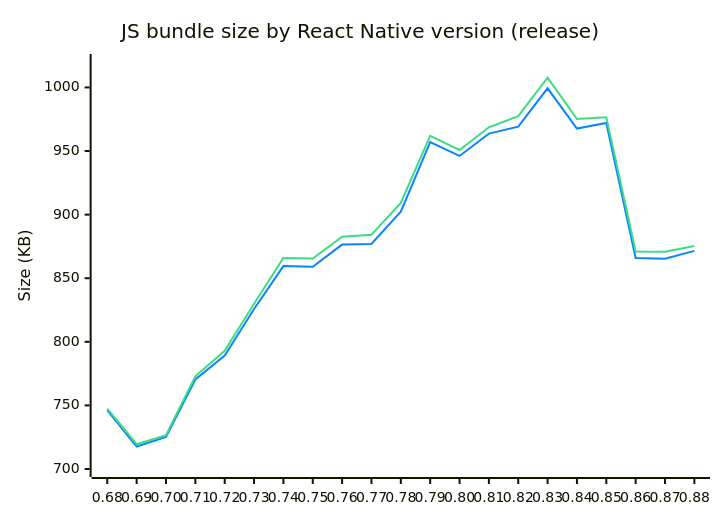
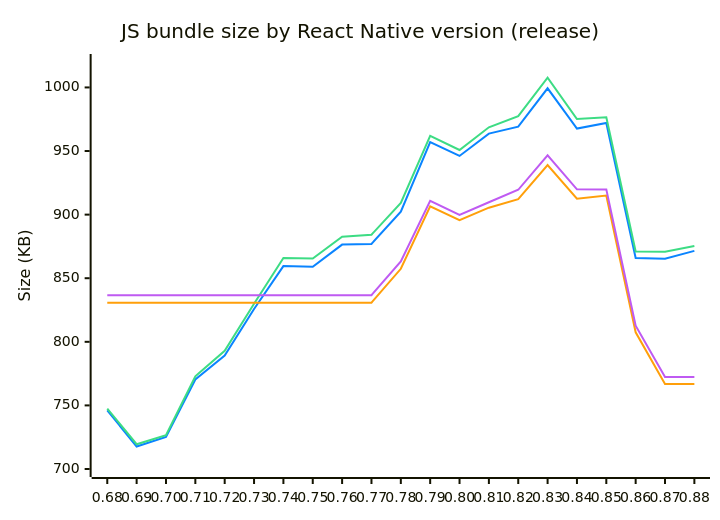
Before and after one commit to retyui/react-native-bundle-diff: the diagram in README.md, drawn with Mermaid. The commit also changed other lines of this file and 21 other files, not shown here.

````diff
--- a/README.md
+++ b/README.md
@@ -19,9 +16,11 @@
 ```mermaid
-%%{init: {"themeVariables": {"xyChart": {"plotColorPalette": "#0a84ff, #3ddc84"}}}}%%
+%%{init: {"themeVariables": {"xyChart": {"plotColorPalette": "#0a84ff, #3ddc84, #ff9f0a, #bf5af2"}}}}%%
 xychart-beta
     title "JS bundle size by React Native version (release)"
     x-axis ["0.68", "0.69", "0.70", "0.71", "0.72", "0.73", "0.74", "0.75", "0.76", "0.77", "0.78", "0.79", "0.80", "0.81", "0.82", "0.83", "0.84", "0.85", "0.86", "0.87", "0.88"]
     y-axis "Size (KB)" 700 --> 1020
     line [746.14, 717.64, 725.14, 770.41, 789.21, 825.8, 859.52, 858.97, 876.44, 876.98, 902.28, 956.98, 946.13, 963.67, 969.2, 999.33, 967.67, 972.04, 865.86, 865.32, 871.52]
     line [747.52, 719.48, 726.66, 772.92, 792.91, 830, 865.91, 865.43, 882.63, 884.22, 909.13, 961.87, 950.82, 968.66, 977.4, 1007.72, 975.15, 976.59, 871.03, 870.83, 875.36]
+    line [830.81, 830.81, 830.81, 830.81, 830.81, 830.81, 830.81, 830.81, 830.81, 830.81, 857.41, 906.45, 895.6, 905.46, 912.12, 939, 912.47, 915.05, 807.46, 766.79, 766.79]
+    line [836.66, 836.66, 836.66, 836.66, 836.66, 836.66, 836.66, 836.66, 836.66, 836.66, 863.19, 910.89, 899.77, 909.72, 919.53, 946.61, 919.89, 919.85, 812.62, 772.36, 772.36]
 ```
````
